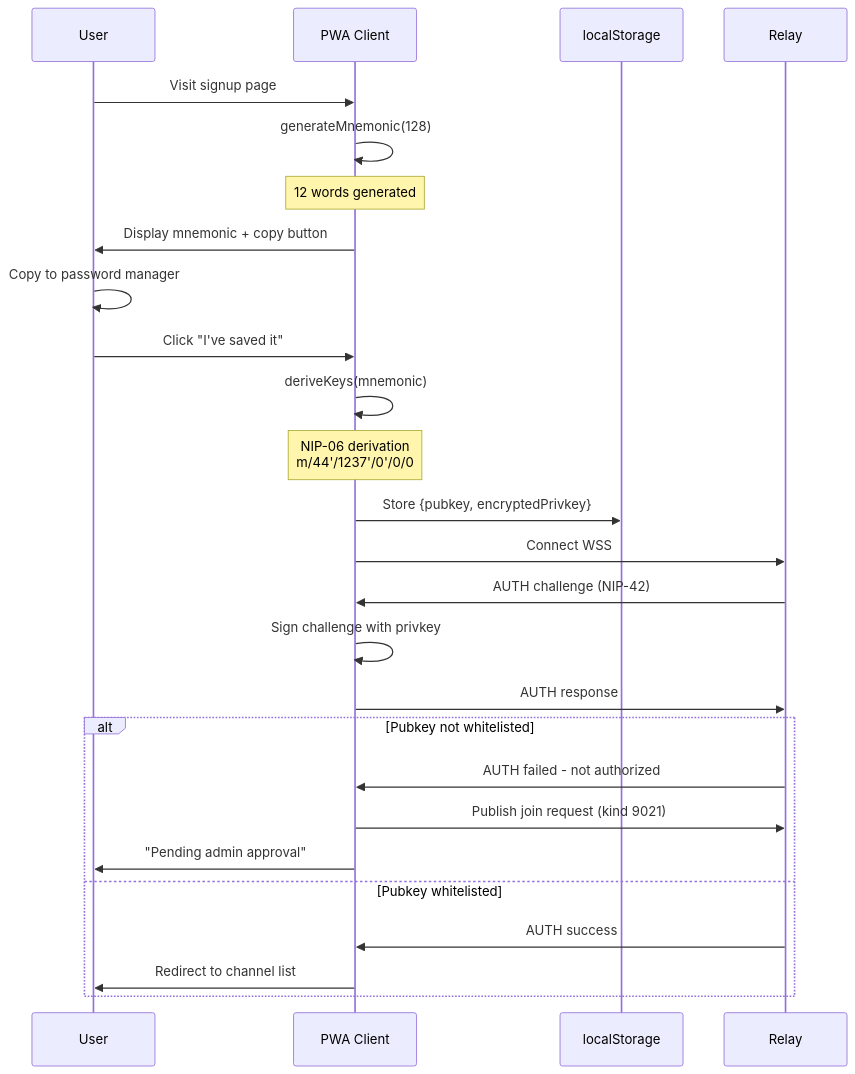
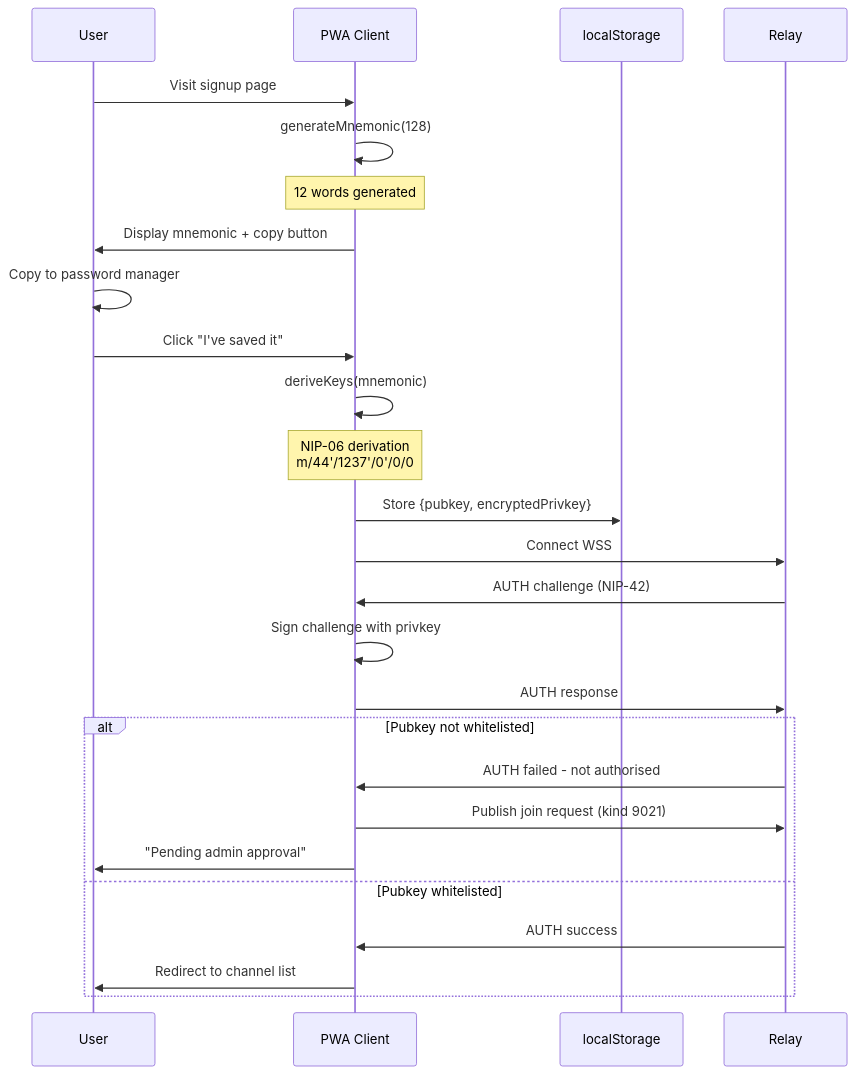
The first of 8 diagrams in docs/architecture/03-pseudocode.md (jjohare/nostr-BBS), drawn with Mermaid before and after one commit. The commit also changed other lines of this file and 101 other files, not shown here.

````diff
--- a/docs/architecture/03-pseudocode.md
+++ b/docs/architecture/03-pseudocode.md
@@ -38,33 +39,33 @@
 ```mermaid
 sequenceDiagram
     participant U as User
     participant PWA as PWA Client
     participant LS as localStorage
     participant R as Relay
 
     U->>PWA: Visit signup page
     PWA->>PWA: generateMnemonic(128)
     Note over PWA: 12 words generated
 
     PWA->>U: Display mnemonic + copy button
     U->>U: Copy to password manager
     U->>PWA: Click "I've saved it"
 
     PWA->>PWA: deriveKeys(mnemonic)
     Note over PWA: NIP-06 derivation<br/>m/44'/1237'/0'/0/0
 
     PWA->>LS: Store {pubkey, encryptedPrivkey}
     PWA->>R: Connect WSS
     R->>PWA: AUTH challenge (NIP-42)
     PWA->>PWA: Sign challenge with privkey
     PWA->>R: AUTH response
 
     alt Pubkey not whitelisted
-        R->>PWA: AUTH failed - not authorized
+        R->>PWA: AUTH failed - not authorised
         PWA->>R: Publish join request (kind 9021)
         PWA->>U: "Pending admin approval"
     else Pubkey whitelisted
         R->>PWA: AUTH success
         PWA->>U: Redirect to channel list
     end
 ```
````
